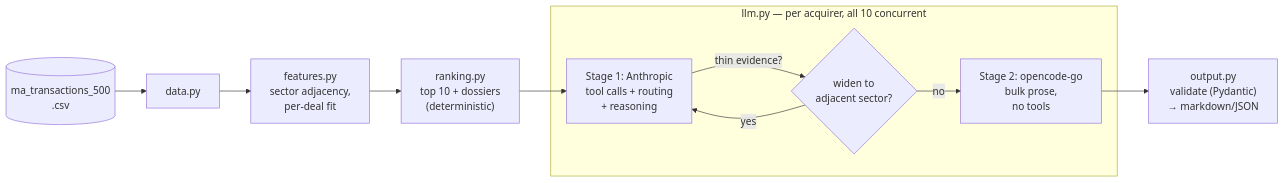
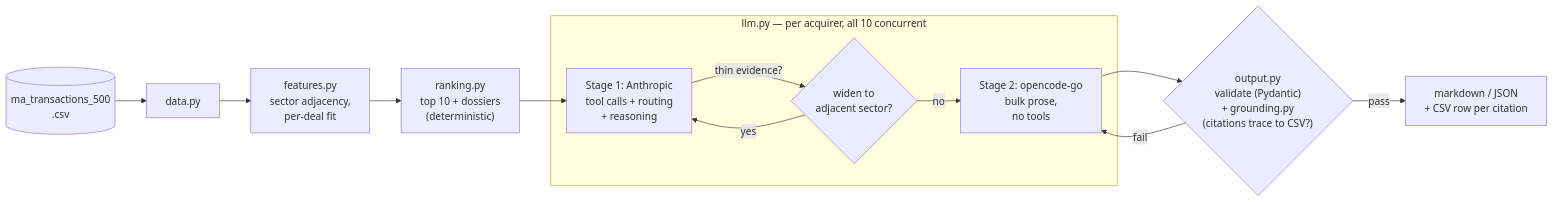
One commit to pnkjsyngh/ma-acquirer-identification-engine changed the diagram in README.md. Above: the diagram before and after it, drawn with Mermaid. The commit also changed other lines of this file and 1 other file, not shown here.

````diff
--- a/README.md
+++ b/README.md
@@ -55,14 +74,16 @@
 ```mermaid
 flowchart LR
     CSV[("ma_transactions_500\n.csv")] --> DATA[data.py] --> FEAT["features.py\nsector adjacency,\nper-deal fit"]
     FEAT --> RANK["ranking.py\ntop 10 + dossiers\n(deterministic)"]
     RANK --> S1
 
     subgraph LLM["llm.py — per acquirer, all 10 concurrent"]
         S1["Stage 1: Anthropic\ntool calls + routing\n+ reasoning"] -->|thin evidence?| W{widen to\nadjacent sector?}
         W -->|yes| S1
         W -->|no| S2["Stage 2: opencode-go\nbulk prose,\nno tools"]
     end
 
-    S2 --> OUT["output.py\nvalidate (Pydantic)\n→ markdown/JSON"]
+    S2 --> VAL{"output.py\nvalidate (Pydantic)\n+ grounding.py\n(citations trace to CSV?)"}
+    VAL -->|fail| S2
+    VAL -->|pass| OUT["markdown / JSON\n+ CSV row per citation"]
 ```
````
